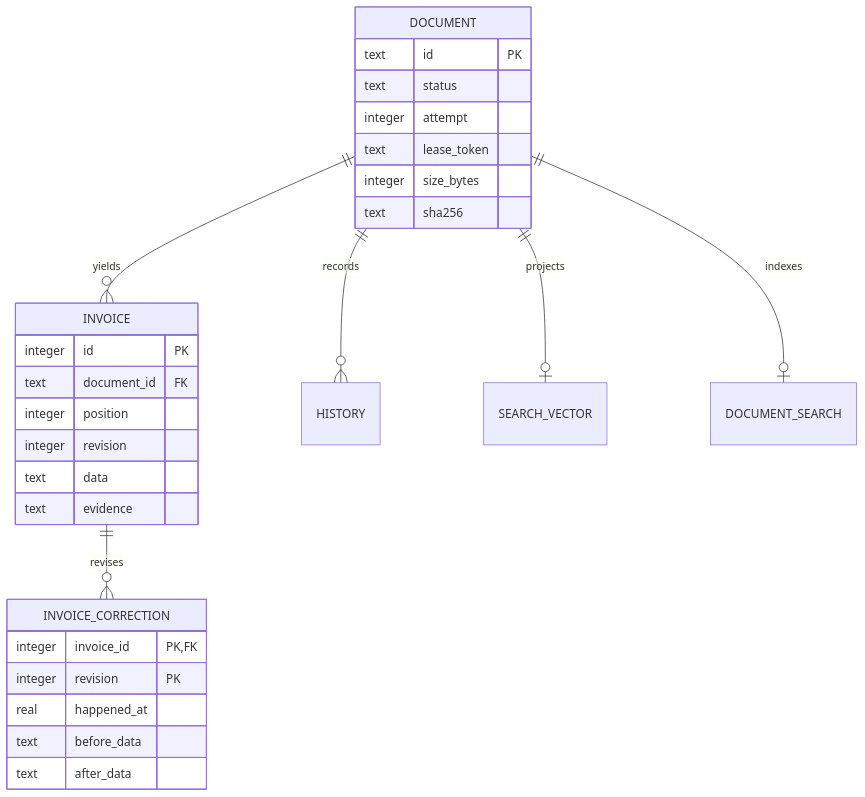
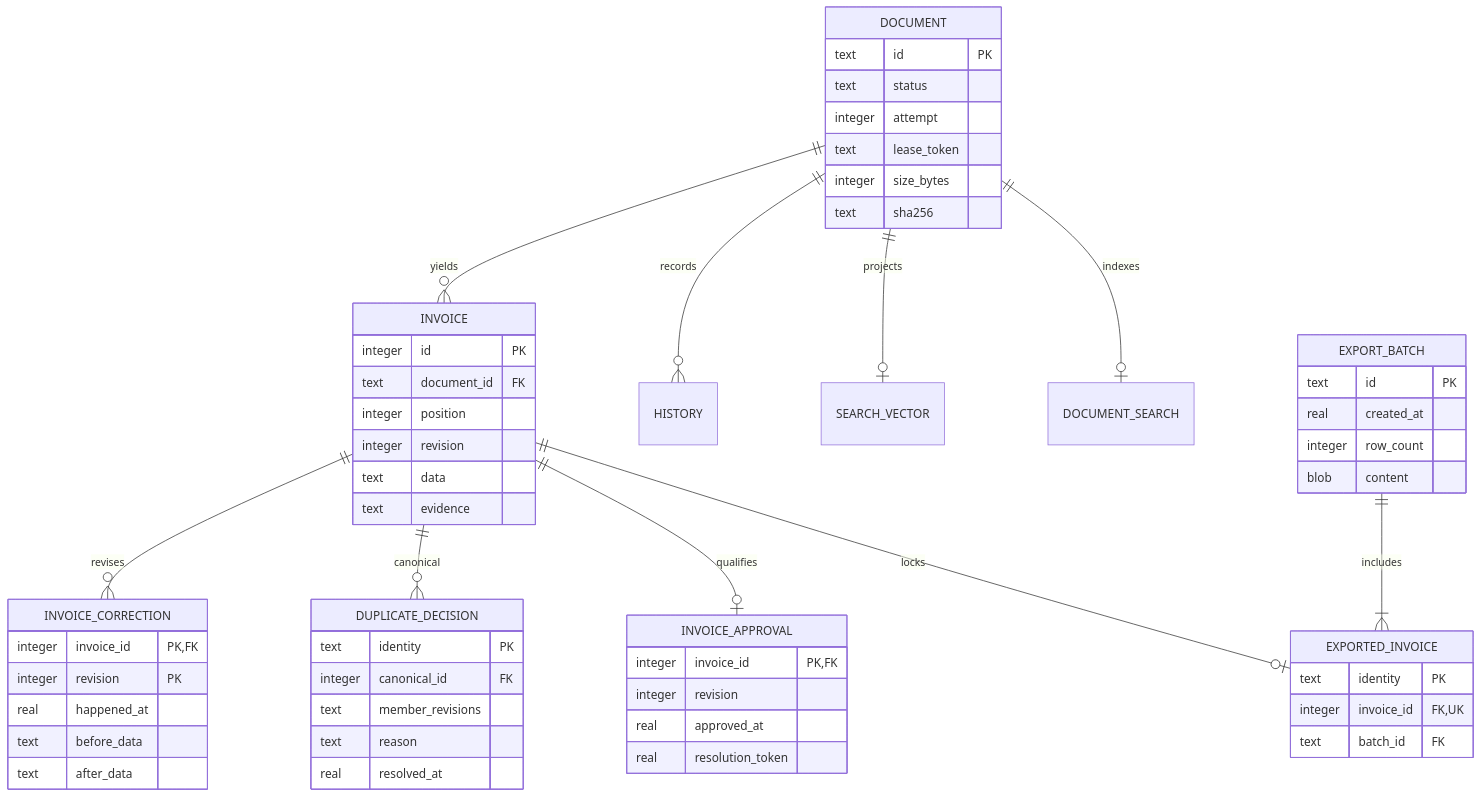
Before and after one commit to Alfa5nm/care-guide-ledger-review: the second of 3 diagrams in docs/SYSTEM_DESIGN.md, drawn with Mermaid. The commit also changed other lines of this file and 16 other files, not shown here.

Commit message:
Add revision-checked invoice review and CSV exports

````diff
--- a/docs/SYSTEM_DESIGN.md
+++ b/docs/SYSTEM_DESIGN.md
@@ -31,31 +32,59 @@
 ```mermaid
 erDiagram
     DOCUMENT ||--o{ INVOICE : yields
     DOCUMENT ||--o{ HISTORY : records
     DOCUMENT ||--o| SEARCH_VECTOR : projects
     DOCUMENT ||--o| DOCUMENT_SEARCH : indexes
     INVOICE ||--o{ INVOICE_CORRECTION : revises
+    INVOICE ||--o{ DUPLICATE_DECISION : canonical
+    INVOICE ||--o| INVOICE_APPROVAL : qualifies
+    INVOICE ||--o| EXPORTED_INVOICE : locks
+    EXPORT_BATCH ||--|{ EXPORTED_INVOICE : includes
     DOCUMENT {
         text id PK
         text status
         integer attempt
         text lease_token
         integer size_bytes
         text sha256
     }
     INVOICE {
         integer id PK
         text document_id FK
         integer position
         integer revision
         text data
         text evidence
     }
     INVOICE_CORRECTION {
         integer invoice_id PK,FK
         integer revision PK
         real happened_at
         text before_data
         text after_data
     }
+    DUPLICATE_DECISION {
+        text identity PK
+        integer canonical_id FK
+        text member_revisions
+        text reason
+        real resolved_at
+    }
+    INVOICE_APPROVAL {
+        integer invoice_id PK,FK
+        integer revision
+        real approved_at
+        real resolution_token
+    }
+    EXPORT_BATCH {
+        text id PK
+        real created_at
+        integer row_count
+        blob content
+    }
+    EXPORTED_INVOICE {
+        text identity PK
+        integer invoice_id FK,UK
+        text batch_id FK
+    }
 ```
````
